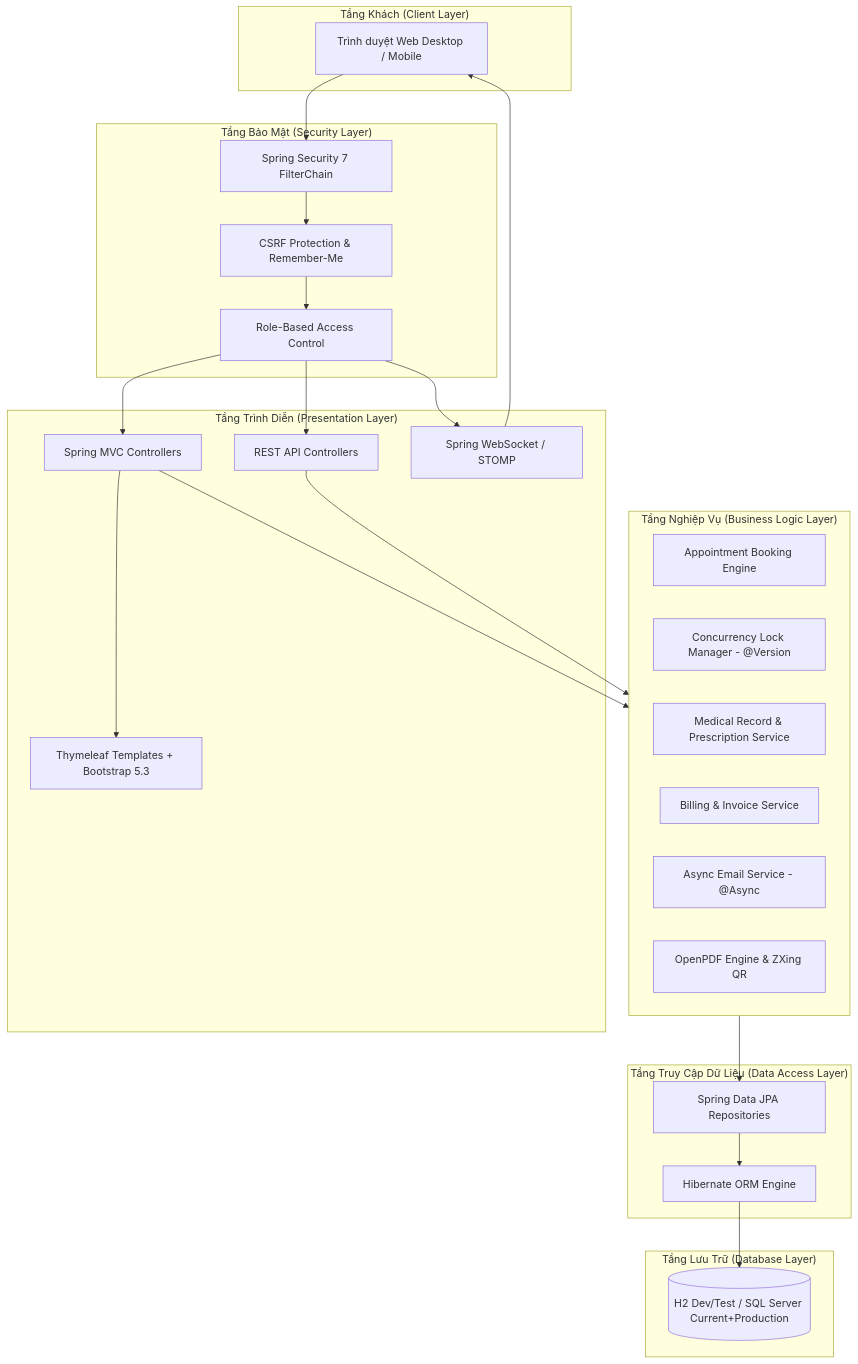
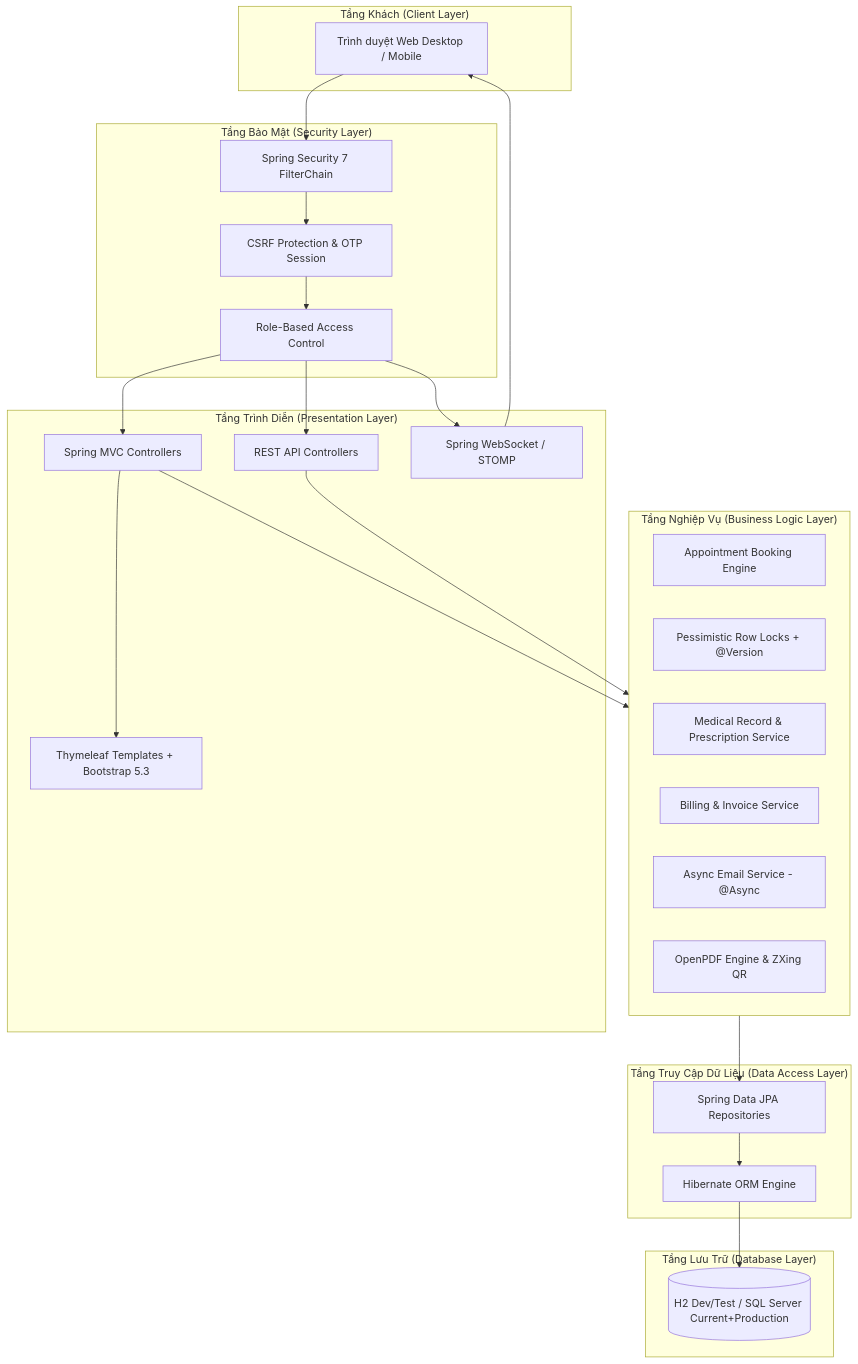
The diagram in docs/05_SYSTEM_ARCHITECTURE.md (tranducanhyn99-prog/medclinic-system), drawn with Mermaid before and after one commit. The commit also changed other lines of this file and 20 other files, not shown here.

````diff
--- a/docs/05_SYSTEM_ARCHITECTURE.md
+++ b/docs/05_SYSTEM_ARCHITECTURE.md
@@ -12,51 +12,51 @@
 ```mermaid
 graph TD
     subgraph Client ["Tầng Khách (Client Layer)"]
         Browser[Trình duyệt Web Desktop / Mobile]
     end
 
     subgraph Security ["Tầng Bảo Mật (Security Layer)"]
         Filter[Spring Security 7 FilterChain]
-        CSRF[CSRF Protection & Remember-Me]
+        CSRF[CSRF Protection & OTP Session]
         RBAC[Role-Based Access Control]
     end
 
     subgraph Web ["Tầng Trình Diễn (Presentation Layer)"]
         Ctrl[Spring MVC Controllers]
         RestCtrl[REST API Controllers]
         Realtime[Spring WebSocket / STOMP]
         Views[Thymeleaf Templates + Bootstrap 5.3]
     end
 
     subgraph Service ["Tầng Nghiệp Vụ (Business Logic Layer)"]
         AppSvc[Appointment Booking Engine]
-        LockMgr[Concurrency Lock Manager - @Version]
+        LockMgr[Pessimistic Row Locks + @Version]
         MedSvc[Medical Record & Prescription Service]
         InvSvc[Billing & Invoice Service]
         MailSvc[Async Email Service - @Async]
         PdfSvc[OpenPDF Engine & ZXing QR]
     end
 
     subgraph Data ["Tầng Truy Cập Dữ Liệu (Data Access Layer)"]
         JPA[Spring Data JPA Repositories]
         Hibernate[Hibernate ORM Engine]
     end
 
     subgraph Storage ["Tầng Lưu Trữ (Database Layer)"]
         DB[(H2 Dev/Test / SQL Server Current+Production)]
     end
 
     Browser --> Filter
     Filter --> CSRF
     CSRF --> RBAC
     RBAC --> Ctrl
     RBAC --> RestCtrl
     RBAC --> Realtime
     Realtime --> Browser
     Ctrl --> Views
     Ctrl --> Service
     RestCtrl --> Service
     Service --> JPA
     JPA --> Hibernate
     Hibernate --> DB
 ```
````
